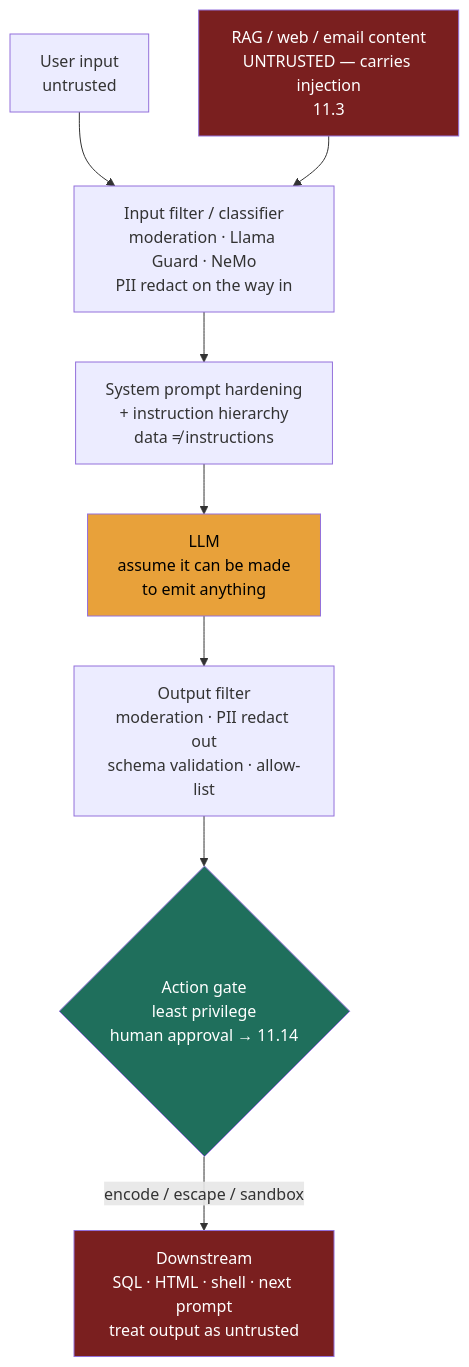
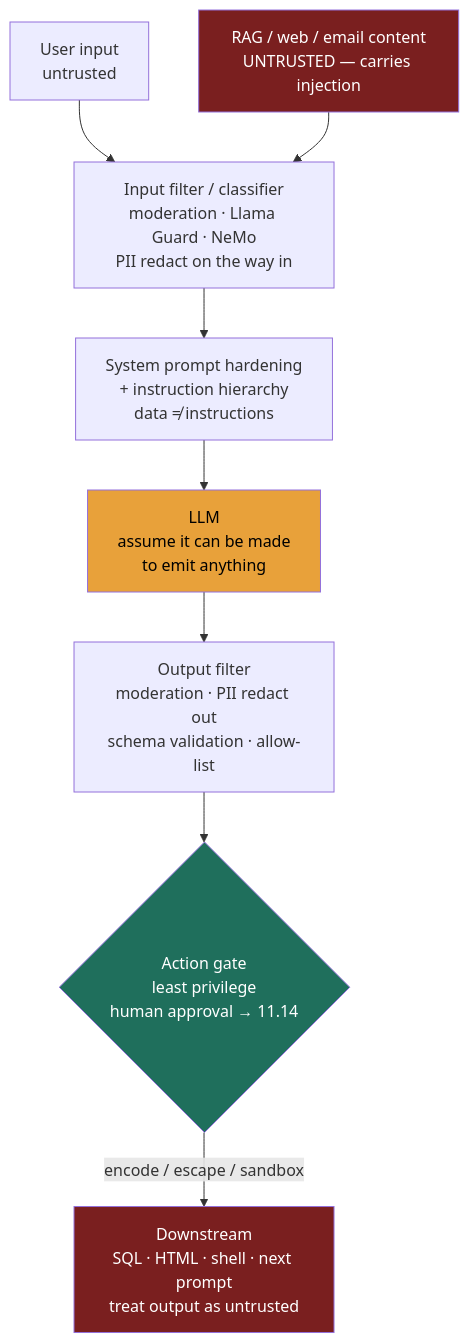
The diagram in src/content/docs/module-11/lesson-11-6.md (hkrathore/sysdesign-course), drawn with Mermaid before and after one commit. The commit also changed other lines of this file and 146 other files, not shown here.

````diff
--- a/src/content/docs/module-11/lesson-11-6.md
+++ b/src/content/docs/module-11/lesson-11-6.md
@@ -90,14 +90,14 @@
 ```mermaid
 flowchart TD
     U[User input<br/>untrusted] --> IN[Input filter / classifier<br/>moderation · Llama Guard · NeMo<br/>PII redact on the way in]
-    RAG[RAG / web / email content<br/>UNTRUSTED — carries injection<br/>11.3] --> IN
+    RAG[RAG / web / email content<br/>UNTRUSTED — carries injection] --> IN
     IN --> SP[System prompt hardening<br/>+ instruction hierarchy<br/>data ≠ instructions]
     SP --> M[LLM<br/>assume it can be made<br/>to emit anything]
     M --> OUT[Output filter<br/>moderation · PII redact out<br/>schema validation · allow-list]
     OUT --> GATE{Action gate<br/>least privilege<br/>human approval → 11.14}
     GATE -->|encode / escape / sandbox| DOWN[Downstream<br/>SQL · HTML · shell · next prompt<br/>treat output as untrusted]
     style RAG fill:#7a1f1f,color:#fff
     style M fill:#e8a13a,color:#000
     style GATE fill:#1f6f5c,color:#fff
     style DOWN fill:#7a1f1f,color:#fff
 ```
````
